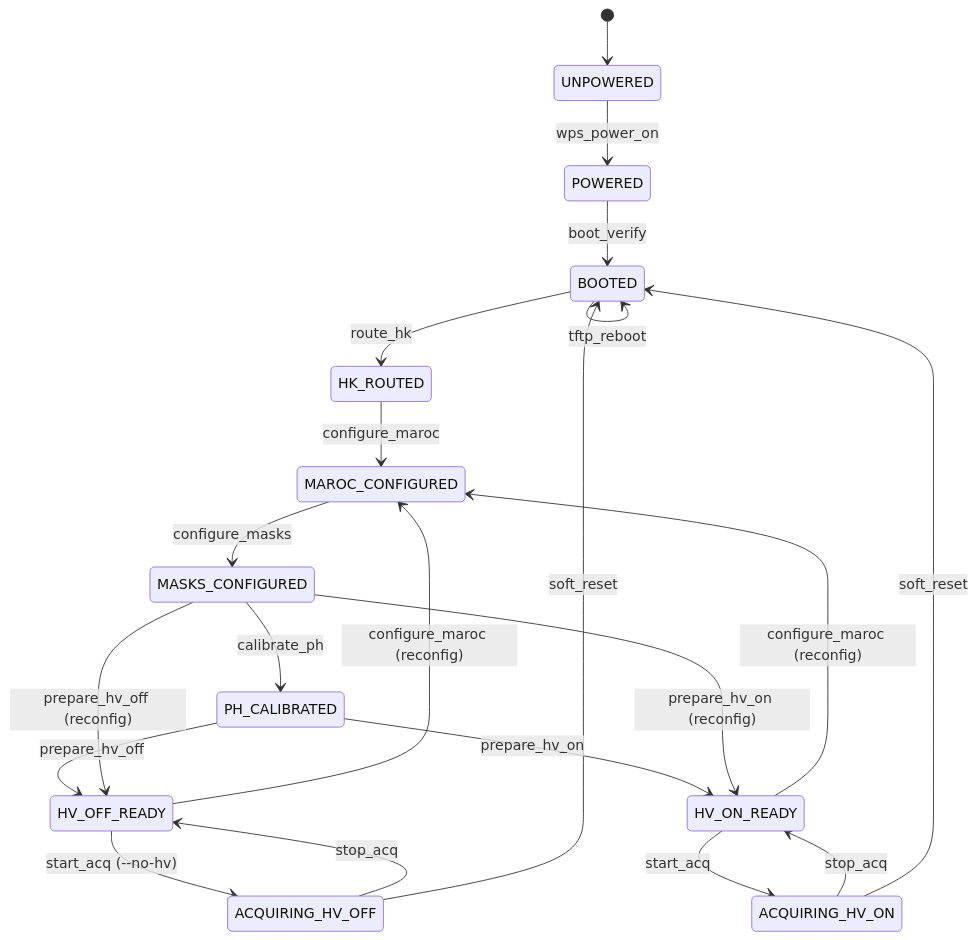
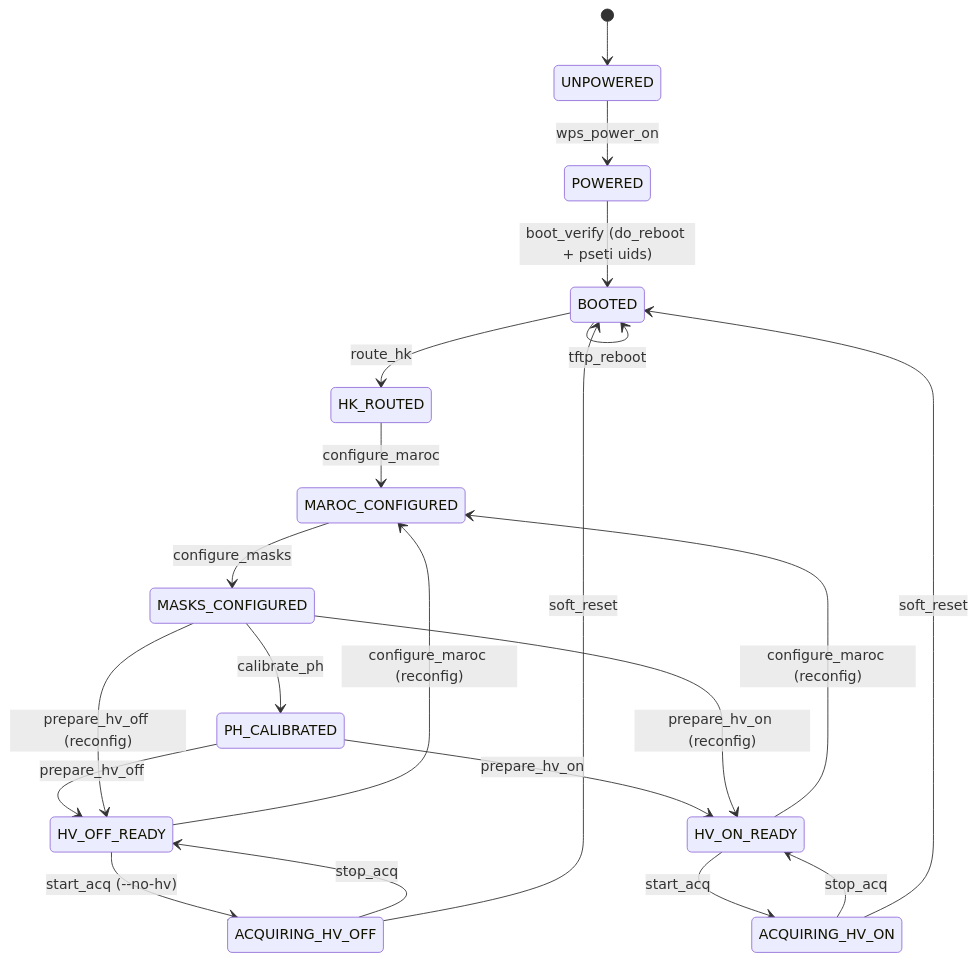
Before and after one commit to panoseti/panoseti: the second of 2 diagrams in control/TEST-HW-SW.md, drawn with Mermaid. The commit also changed other lines of this file and 11 other files, not shown here.

````diff
--- a/control/TEST-HW-SW.md
+++ b/control/TEST-HW-SW.md
@@ -106,34 +123,34 @@
 ```mermaid
 stateDiagram-v2
     [*] --> UNPOWERED
     
     UNPOWERED --> POWERED : wps_power_on
-    POWERED --> BOOTED : boot_verify
+    POWERED --> BOOTED : boot_verify (do_reboot + pseti uids)
     
     BOOTED --> HK_ROUTED : route_hk
     HK_ROUTED --> MAROC_CONFIGURED : configure_maroc
     
     MAROC_CONFIGURED --> MASKS_CONFIGURED : configure_masks
     MASKS_CONFIGURED --> PH_CALIBRATED : calibrate_ph
     
     PH_CALIBRATED --> HV_OFF_READY : prepare_hv_off
     PH_CALIBRATED --> HV_ON_READY : prepare_hv_on
     
     %% Interleave / Reconfig Loops (skipping calibration)
     HV_OFF_READY --> MAROC_CONFIGURED : configure_maroc (reconfig)
     HV_ON_READY --> MAROC_CONFIGURED : configure_maroc (reconfig)
     MASKS_CONFIGURED --> HV_OFF_READY : prepare_hv_off (reconfig)
     MASKS_CONFIGURED --> HV_ON_READY : prepare_hv_on (reconfig)
     
     %% Acquisition
     HV_OFF_READY --> ACQUIRING_HV_OFF : start_acq (--no-hv)
     ACQUIRING_HV_OFF --> HV_OFF_READY : stop_acq
     
     HV_ON_READY --> ACQUIRING_HV_ON : start_acq
     ACQUIRING_HV_ON --> HV_ON_READY : stop_acq
     
     %% Recovery
     ACQUIRING_HV_OFF --> BOOTED : soft_reset
     ACQUIRING_HV_ON --> BOOTED : soft_reset
     BOOTED --> BOOTED : tftp_reboot
 ```
````
